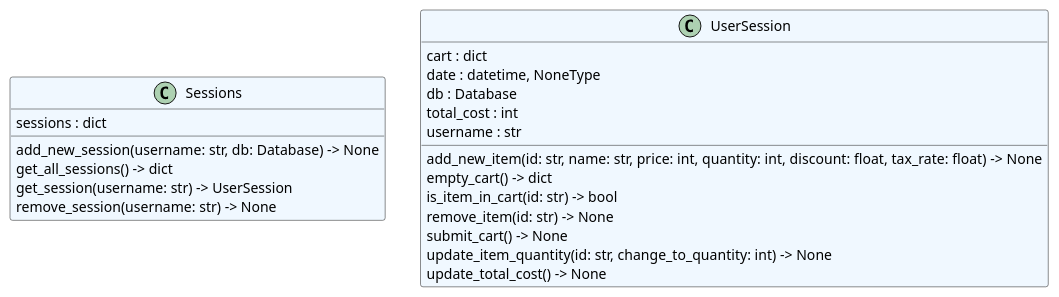
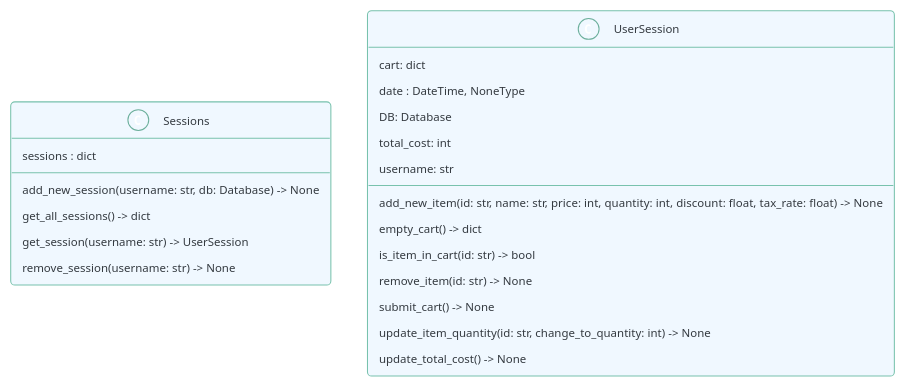
The diagram in docs/diagrams/system/core_classes.puml (brookiew/group0_project), drawn with PlantUML before and after one commit. The commit also changed 5 other files, not shown here.

```diff
--- a/docs/diagrams/system/core_classes.puml
+++ b/docs/diagrams/system/core_classes.puml
@@ -1,24 +1,25 @@
 @startuml classes
+!theme minty
 set namespaceSeparator none
 class "Sessions" as core.session.Sessions #aliceblue {
   sessions : dict
   add_new_session(username: str, db: Database) -> None
   get_all_sessions() -> dict
   get_session(username: str) -> UserSession
   remove_session(username: str) -> None
 }
 class "UserSession" as core.session.UserSession #aliceblue {
-  cart : dict
-  date : datetime, NoneType
-  db : Database
-  total_cost : int
-  username : str
+  cart: dict
+  date : DateTime, NoneType
+  DB: Database
+  total_cost: int
+  username: str
   add_new_item(id: str, name: str, price: int, quantity: int, discount: float, tax_rate: float) -> None
   empty_cart() -> dict
   is_item_in_cart(id: str) -> bool
   remove_item(id: str) -> None
   submit_cart() -> None
   update_item_quantity(id: str, change_to_quantity: int) -> None
   update_total_cost() -> None
 }
 @enduml
```
